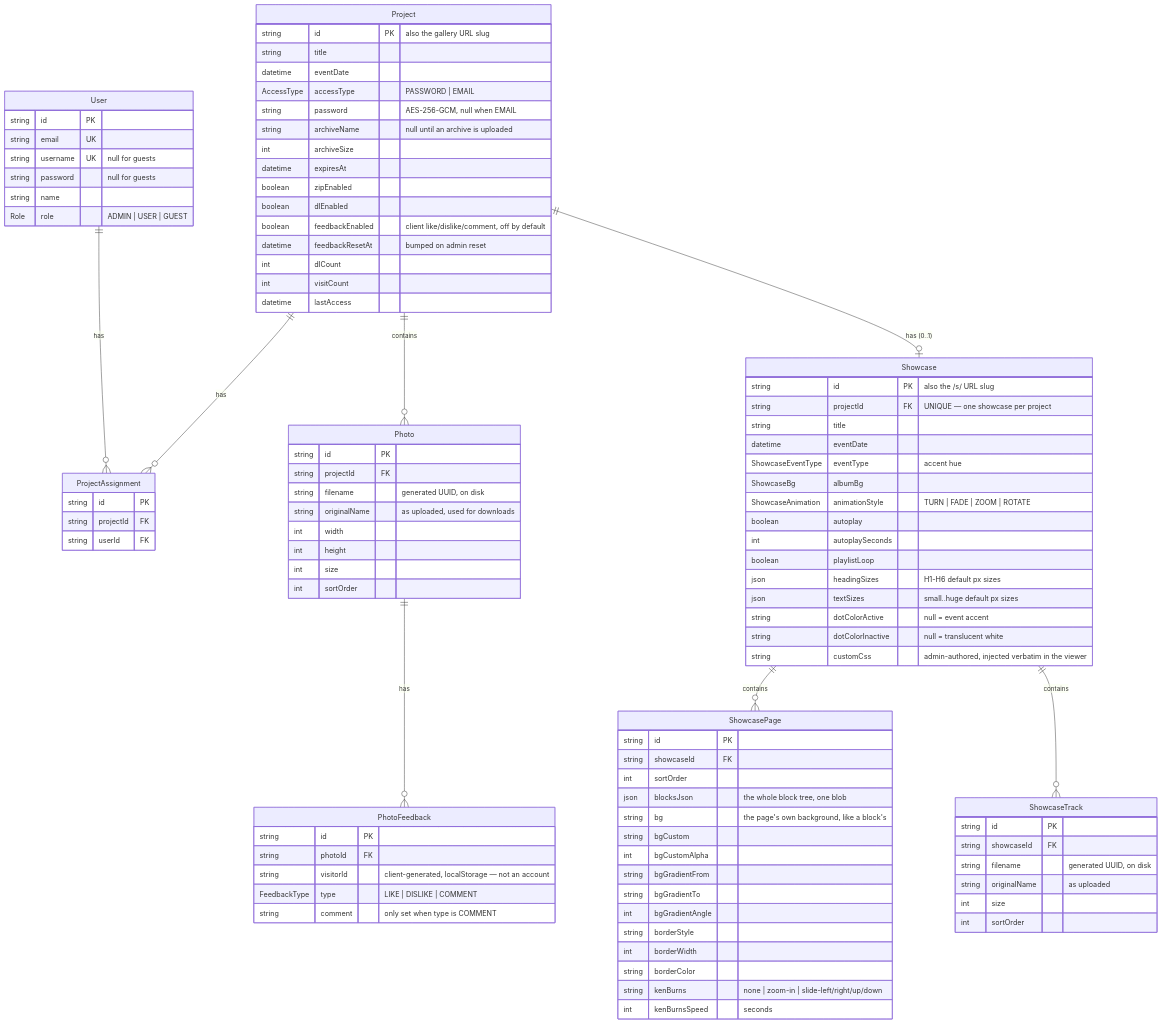
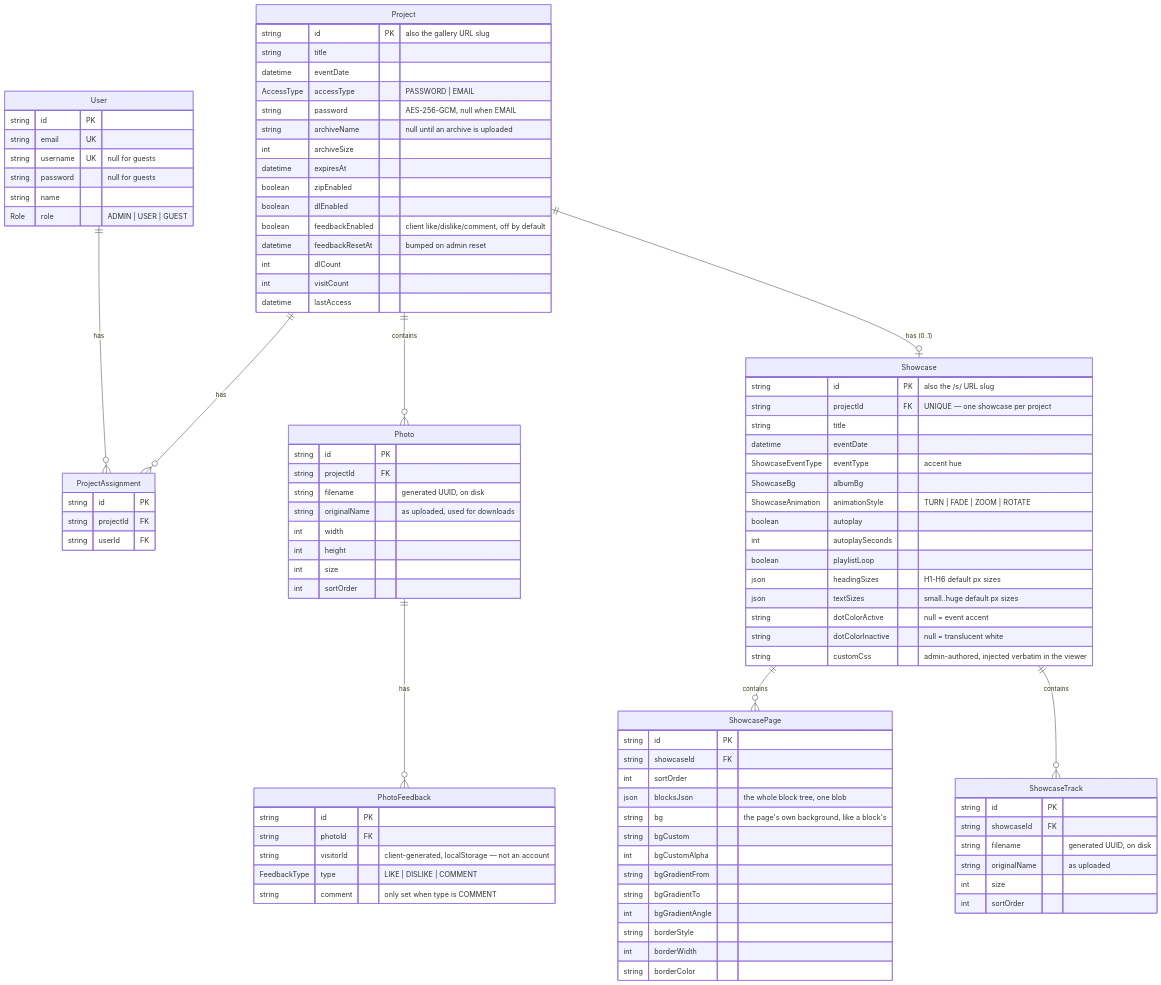
One commit to Geobusteni/kuvalib changed the first of 3 diagrams in ARCHITECTURE.md. Above: the diagram before and after it, drawn with Mermaid. The commit also changed other lines of this file and 11 other files, not shown here.

First line of the commit message:
Move Ken Burns from the page to Image blocks

```diff
--- a/ARCHITECTURE.md
+++ b/ARCHITECTURE.md
@@ -231,8 +231,6 @@
         string borderStyle
         int borderWidth
         string borderColor
-        string kenBurns "none | zoom-in | slide-left/right/up/down"
-        int kenBurnsSpeed "seconds"
     }
     ShowcaseTrack {
         string id PK
```
